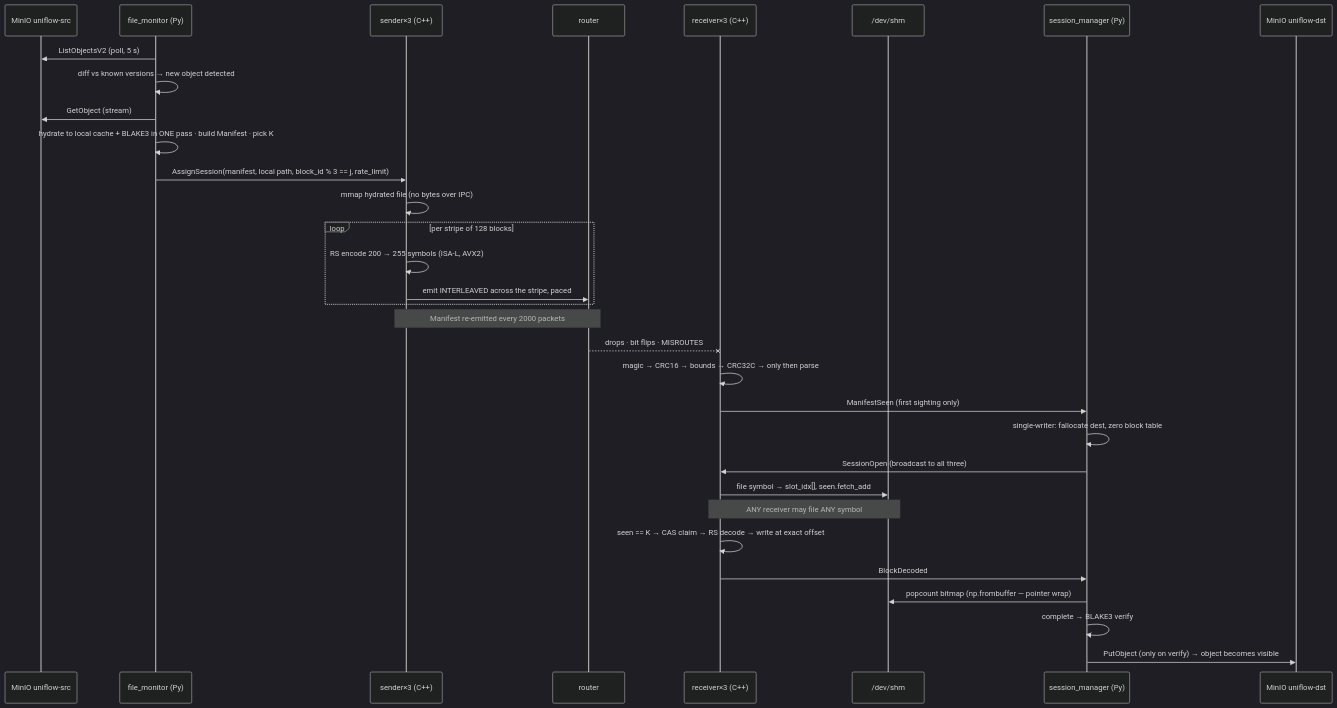
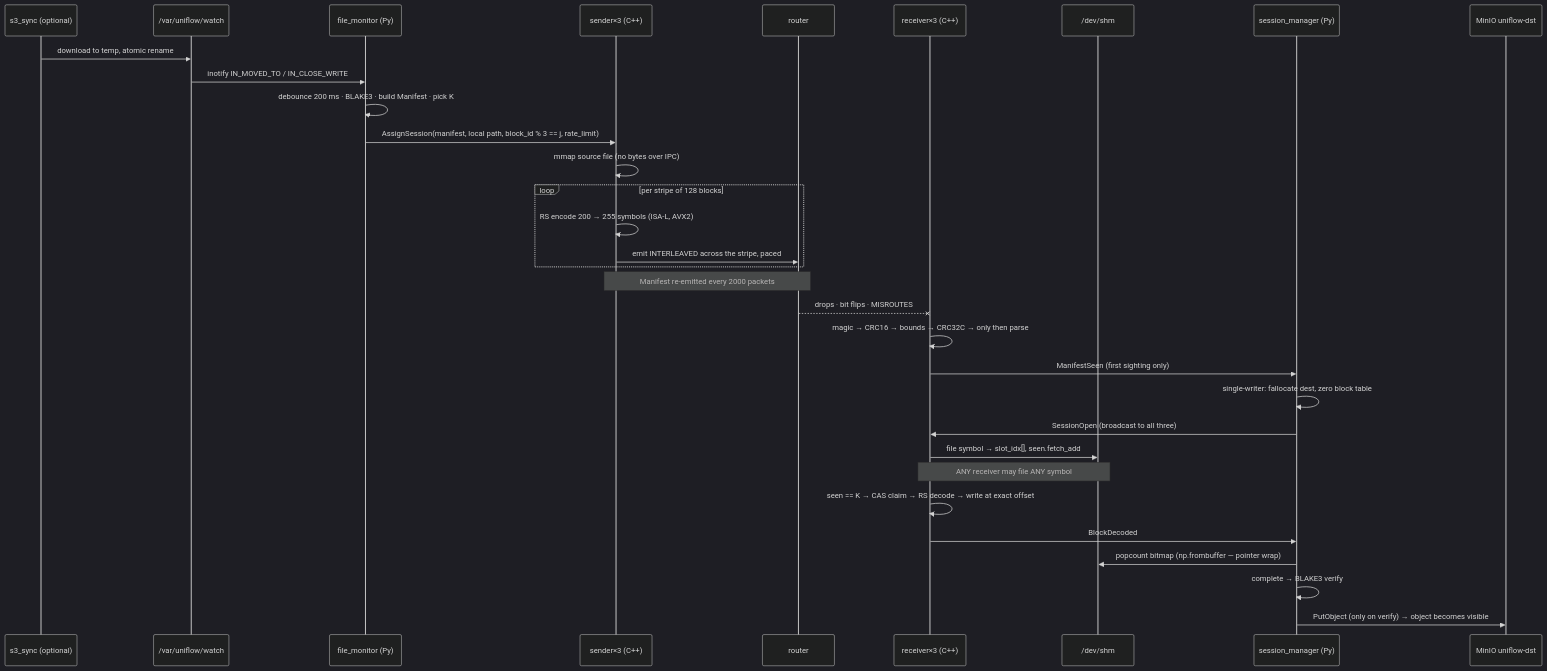
Before and after one commit to 1400-nexus/.github: the second of 2 diagrams in profile/README.md, drawn with Mermaid (dark theme). The commit also changed other lines of this file, not shown here.

````diff
--- a/profile/README.md
+++ b/profile/README.md
@@ -329,37 +377,37 @@
 ```mermaid
 sequenceDiagram
-    participant S3 as MinIO uniflow-src
+    participant SY as s3_sync (optional)
+    participant FS as /var/uniflow/watch
     participant FM as file_monitor (Py)
     participant S as sender×3 (C++)
     participant R as router
     participant RX as receiver×3 (C++)
     participant SHM as /dev/shm
     participant SM as session_manager (Py)
     participant DB as MinIO uniflow-dst
 
-    FM->>S3: ListObjectsV2 (poll, 5 s)
-    FM->>FM: diff vs known versions → new object detected
-    FM->>S3: GetObject (stream)
-    FM->>FM: hydrate to local cache + BLAKE3 in ONE pass · build Manifest · pick K
+    SY->>FS: download to temp, atomic rename
+    FS->>FM: inotify IN_MOVED_TO / IN_CLOSE_WRITE
+    FM->>FM: debounce 200 ms · BLAKE3 · build Manifest · pick K
     FM->>S: AssignSession(manifest, local path, block_id % 3 == j, rate_limit)
-    S->>S: mmap hydrated file (no bytes over IPC)
+    S->>S: mmap source file (no bytes over IPC)
 
     loop per stripe of 128 blocks
         S->>S: RS encode 200 → 255 symbols (ISA-L, AVX2)
         S->>R: emit INTERLEAVED across the stripe, paced
     end
     Note over S,R: Manifest re-emitted every 2000 packets
 
     R--xRX: drops · bit flips · MISROUTES
     RX->>RX: magic → CRC16 → bounds → CRC32C → only then parse
     RX->>SM: ManifestSeen (first sighting only)
     SM->>SM: single-writer: fallocate dest, zero block table
     SM->>RX: SessionOpen (broadcast to all three)
     RX->>SHM: file symbol → slot_idx[], seen.fetch_add
     Note over RX,SHM: ANY receiver may file ANY symbol
     RX->>RX: seen == K → CAS claim → RS decode → write at exact offset
     RX->>SM: BlockDecoded
     SM->>SHM: popcount bitmap (np.frombuffer — pointer wrap)
     SM->>SM: complete → BLAKE3 verify
     SM->>DB: PutObject (only on verify) → object becomes visible
 ```
````
